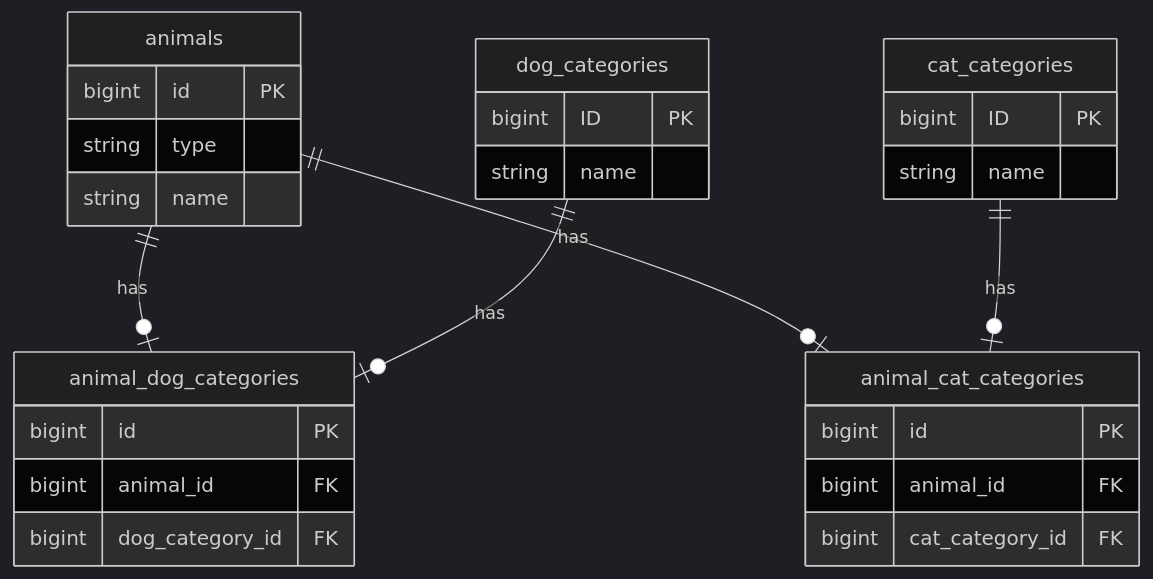
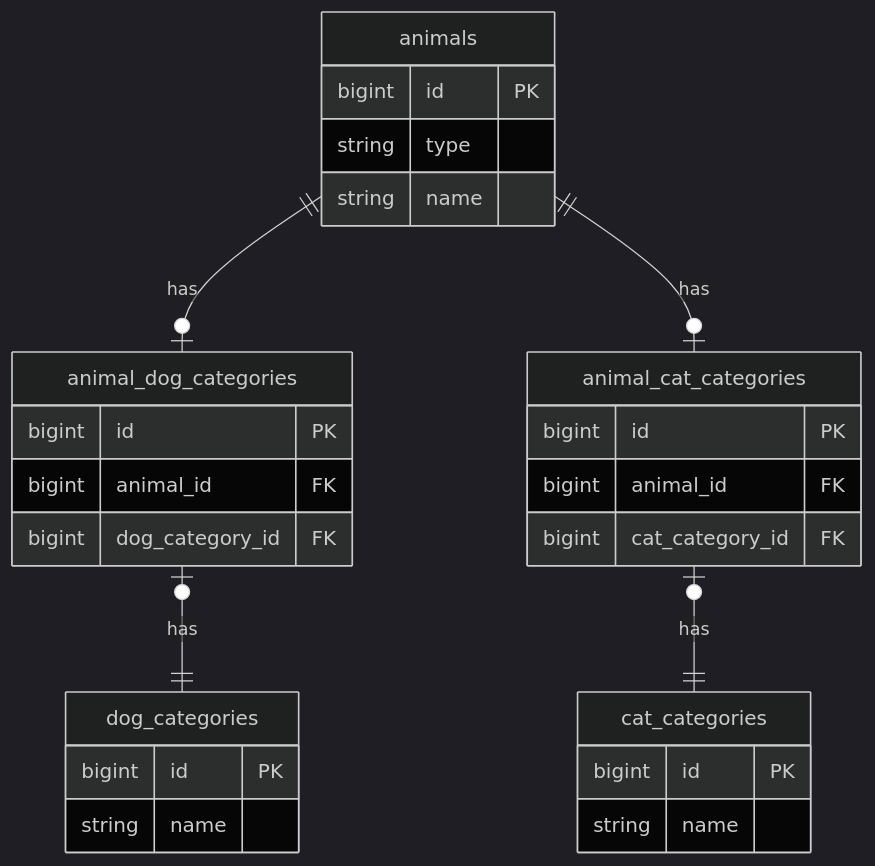
Before and after one commit to rhiroe/rhiroe.github.io: the second of 2 diagrams in public/content/rails_sti_better.md, drawn with Mermaid (dark theme).

Commit message:
update content

````diff
--- a/public/content/rails_sti_better.md
+++ b/public/content/rails_sti_better.md
@@ -65,36 +65,36 @@
 ```mermaid
 erDiagram
 
 animals {
   bigint id PK
   string type
   string name
 }
 
 animal_dog_categories {
   bigint id PK
   bigint animal_id FK
   bigint dog_category_id FK
 }
 
 animal_cat_categories {
   bigint id PK
   bigint animal_id FK
   bigint cat_category_id FK
 }
 
 dog_categories {
-  bigint ID PK
+  bigint id PK
   string name
 }
 
 cat_categories {
-  bigint ID PK
+  bigint id PK
   string name
 }
 
 animals ||--o| animal_dog_categories: has
 animals ||--o| animal_cat_categories: has
-dog_categories ||--o| animal_dog_categories: has
-cat_categories ||--o| animal_cat_categories: has
+animal_dog_categories |o--|| dog_categories: has
+animal_cat_categories |o--|| cat_categories: has
 ```
````
